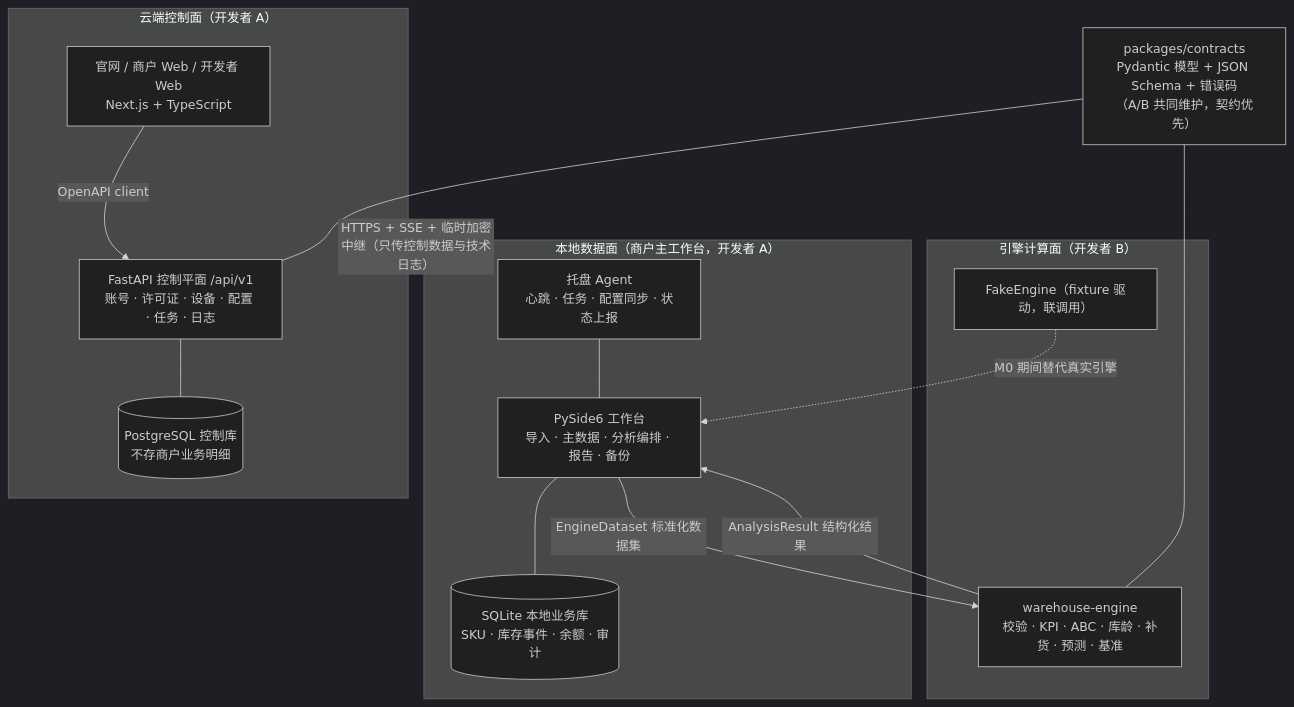
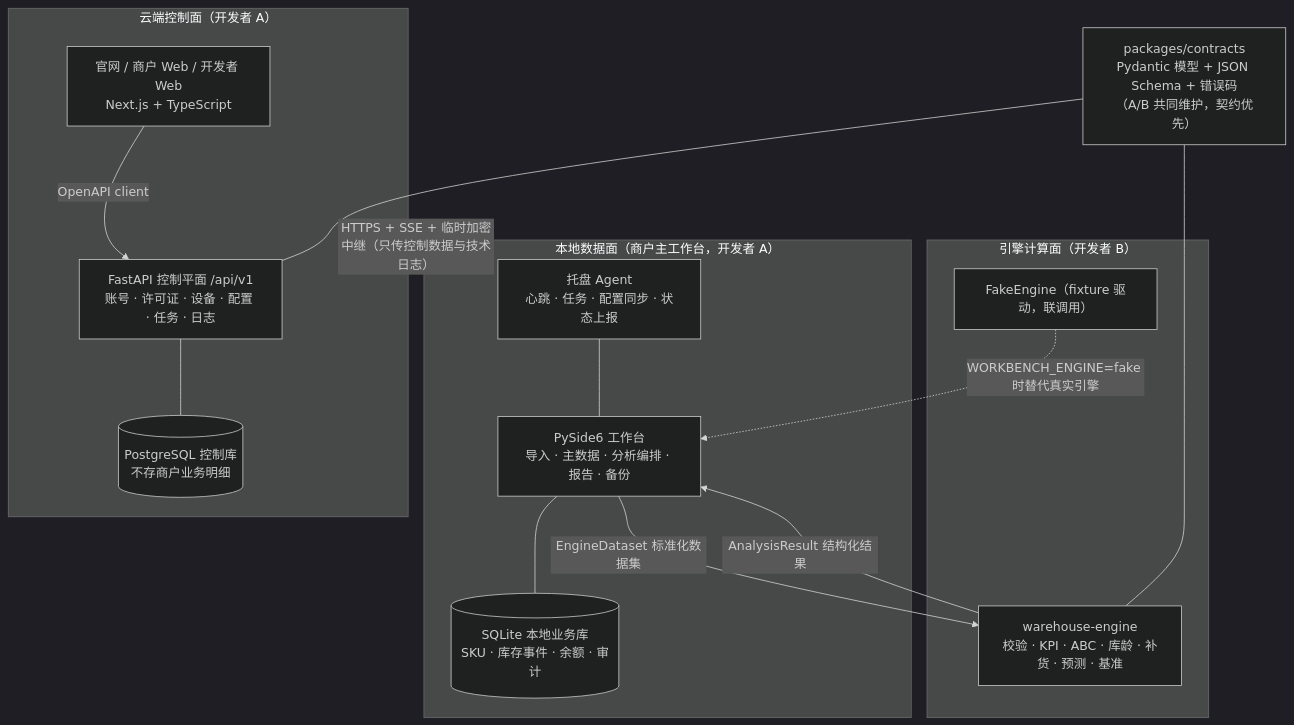
Before and after one commit to nihcya/warehouseAnalysis: the first of 3 diagrams in README.md, drawn with Mermaid (dark theme). The commit also changed other lines of this file, not shown here.

````diff
--- a/README.md
+++ b/README.md
@@ -25,32 +25,32 @@
 ```mermaid
 flowchart TB
     subgraph CLOUD["云端控制面（开发者 A）"]
         WEB["官网 / 商户 Web / 开发者 Web<br/>Next.js + TypeScript"]
         API["FastAPI 控制平面 /api/v1<br/>账号 · 许可证 · 设备 · 配置 · 任务 · 日志"]
         PG[("PostgreSQL 控制库<br/>不存商户业务明细")]
         WEB -->|OpenAPI client| API
         API --- PG
     end
 
     subgraph LOCAL["本地数据面（商户主工作台，开发者 A）"]
         TRAY["托盘 Agent<br/>心跳 · 任务 · 配置同步 · 状态上报"]
         UI["PySide6 工作台<br/>导入 · 主数据 · 分析编排 · 报告 · 备份"]
         SQLITE[("SQLite 本地业务库<br/>SKU · 库存事件 · 余额 · 审计")]
         TRAY --- UI
         UI --- SQLITE
     end
 
     subgraph ENGINE["引擎计算面（开发者 B）"]
         ENG["warehouse-engine<br/>校验 · KPI · ABC · 库龄 · 补货 · 预测 · 基准"]
         FAKE["FakeEngine（fixture 驱动，联调用）"]
     end
 
     CONTRACTS["packages/contracts<br/>Pydantic 模型 + JSON Schema + 错误码<br/>（A/B 共同维护，契约优先）"]
 
     CLOUD <-->|"HTTPS + SSE + 临时加密中继（只传控制数据与技术日志）"| LOCAL
     UI -->|"EngineDataset 标准化数据集"| ENG
     ENG -->|"AnalysisResult 结构化结果"| UI
-    FAKE -.->|"M0 期间替代真实引擎"| UI
+    FAKE -.->|"WORKBENCH_ENGINE=fake 时替代真实引擎"| UI
     CONTRACTS --- ENG
     CONTRACTS --- API
 ```
````
